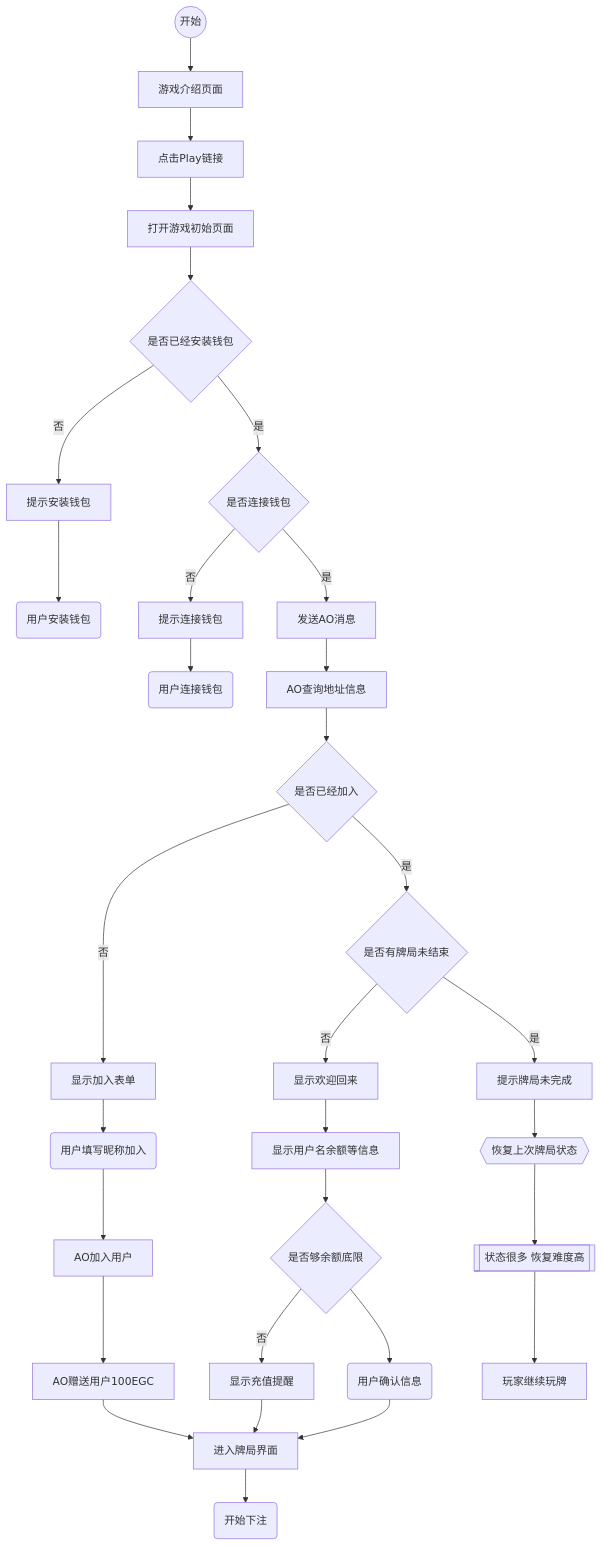
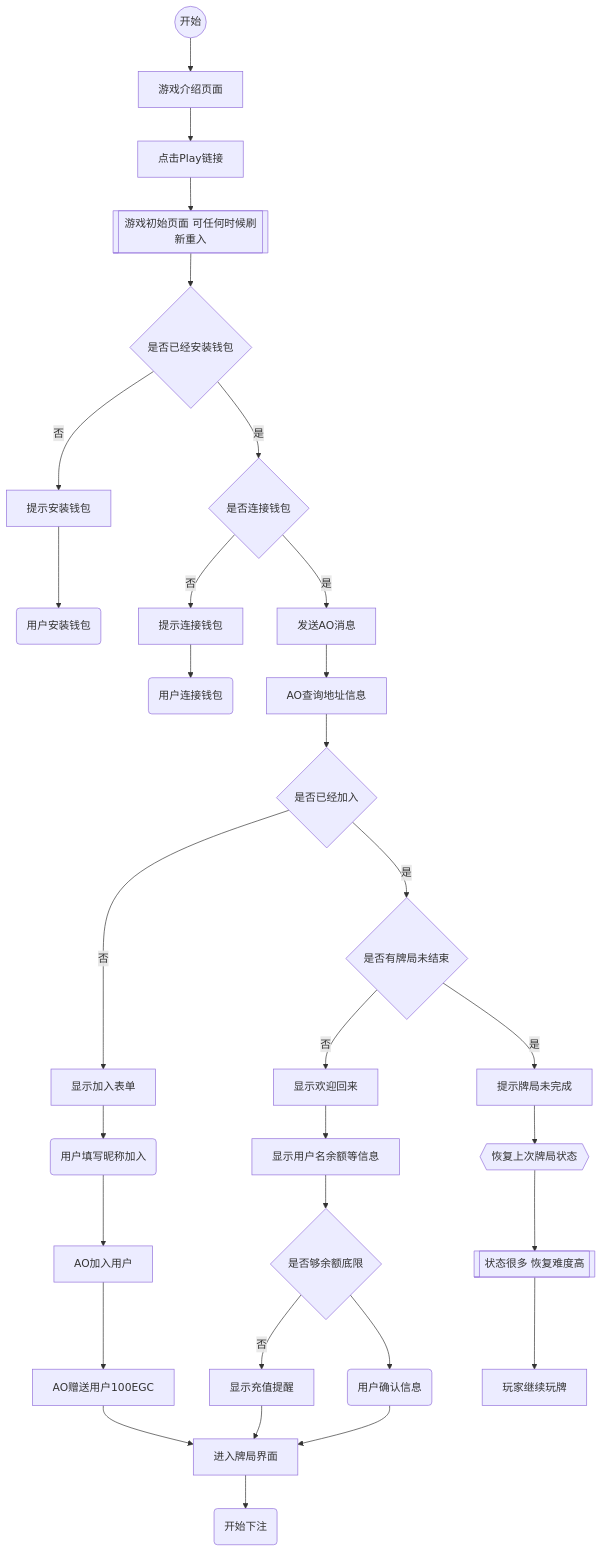
Before and after one commit to EurekaChen/AO-Blackjack: the diagram in doc/begin_flow.md, drawn with Mermaid. The commit also changed 8 other files, not shown here.

````diff
--- a/doc/begin_flow.md
+++ b/doc/begin_flow.md
@@ -1,42 +1,42 @@
 ```mermaid
 flowchart TD
     A((开始)) 
     --> 游戏介绍页面
     --> 点击Play链接
-    --> 打开游戏初始页面
+    -->Start[[游戏初始页面 可任何时候刷新重入]]
     -->WalletInstalled{是否已经安装钱包}
     --否-->提示安装钱包
     -->UserInstall(用户安装钱包)
     
     WalletInstalled--是-->Connected{是否连接钱包}
     --否-->提示连接钱包
     -->UserConnect(用户连接钱包)
 
     Connected--是-->发送AO消息
     -->AO查询地址信息
     -->Joined{是否已经加入}
     --否-->显示加入表单
     -->EterrName(用户填写昵称加入)
     -->AO加入用户
     -->AO赠送用户100EGC
     -->进入牌局界面
 
     Joined--是-->StateExist{是否有牌局未结束}
     --否-->显示欢迎回来
     -->显示用户名余额等信息
     -->Balance{是否够余额底限}
     --否-->显示充值提醒
     -->进入牌局界面
     Balance
     -->OK(用户确认信息)
     -->进入牌局界面
     -->Begin(开始下注)
     
     StateExist--是-->提示牌局未完成
     -->Restore{{恢复上次牌局状态}}
     -->Hard[[状态很多 恢复难度高]]
 
     -->玩家继续玩牌          
     
 
 ```
````
